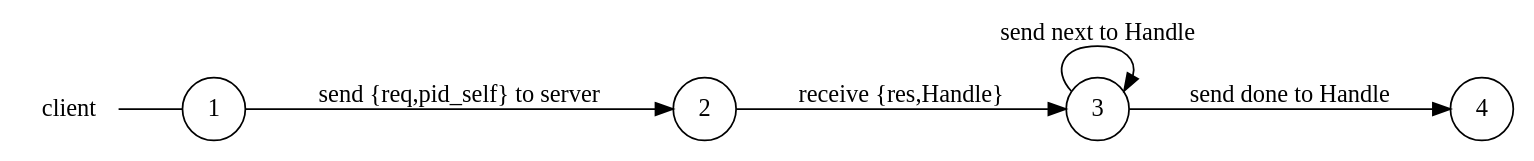
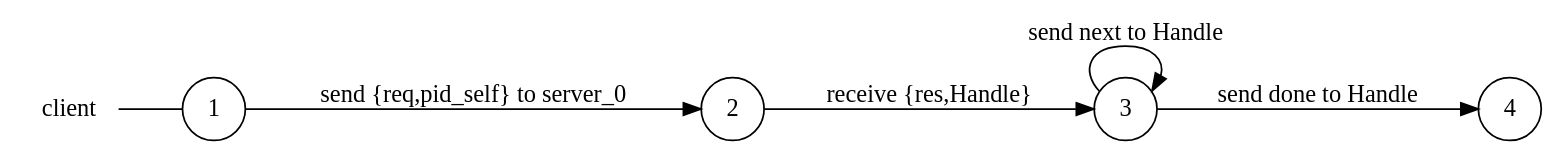
Before and after one commit to gabrielegenovese/chorer: the diagram in examples/servecli/client_local_view.dot, drawn with Graphviz. The commit also changed 13 other files, not shown here.

```diff
--- a/examples/servecli/client_local_view.dot
+++ b/examples/servecli/client_local_view.dot
@@ -1,14 +1,14 @@
 digraph client {
 	rankdir="LR";
 	n_0 [label="client", shape="plaintext"];
 	n_1 [id="5", shape=circle, label="4"];
 	n_2 [id="1", shape=circle, label="1"];
 	n_0 -> n_2 [arrowhead=none];
 	n_3 [id="2", shape=circle, label="2"];
 	n_4 [id="3", shape=circle, label="3"];
 
 	n_3 -> n_4 [id="[$e|6]", label="receive {res,Handle}"];
+	n_2 -> n_3 [id="[$e|5]", label="send {req,pid_self} to server_0"];
+	n_4 -> n_1 [id="[$e|3]", label="send done to Handle"];
 	n_4 -> n_4 [id="[$e|4]", label="send next to Handle"];
-	n_2 -> n_3 [id="[$e|5]", label="send {req,pid_self} to server"];
-	n_4 -> n_1 [id="[$e|3]", label="send done to Handle"];
 }
```
